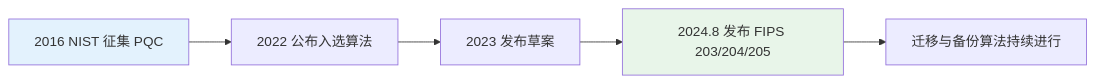
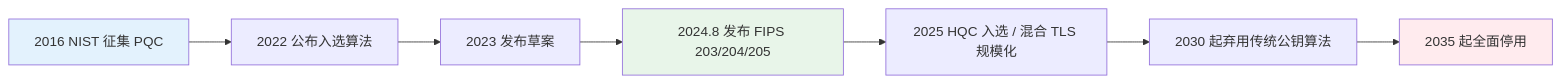
One commit to Wcowin/Wcowin.github.io changed the diagram in docs/blog/Cryptography/ModernCryptography.md. Above: the diagram before and after it, drawn with Mermaid. The commit also changed other lines of this file and 15 other files, not shown here.

````diff
--- a/docs/blog/Cryptography/ModernCryptography.md
+++ b/docs/blog/Cryptography/ModernCryptography.md
@@ -92,9 +151,12 @@
 ```mermaid
 flowchart LR
     A["2016 NIST 征集 PQC"] --> B["2022 公布入选算法"]
     B --> C["2023 发布草案"]
     C --> D["2024.8 发布 FIPS 203/204/205"]
-    D --> E["迁移与备份算法持续进行"]
+    D --> E["2025 HQC 入选 / 混合 TLS 规模化"]
+    E --> F["2030 起弃用传统公钥算法"]
+    F --> G["2035 起全面停用"]
     style A fill:#e3f2fd
     style D fill:#e8f5e9
+    style G fill:#ffebee
 ```
````
